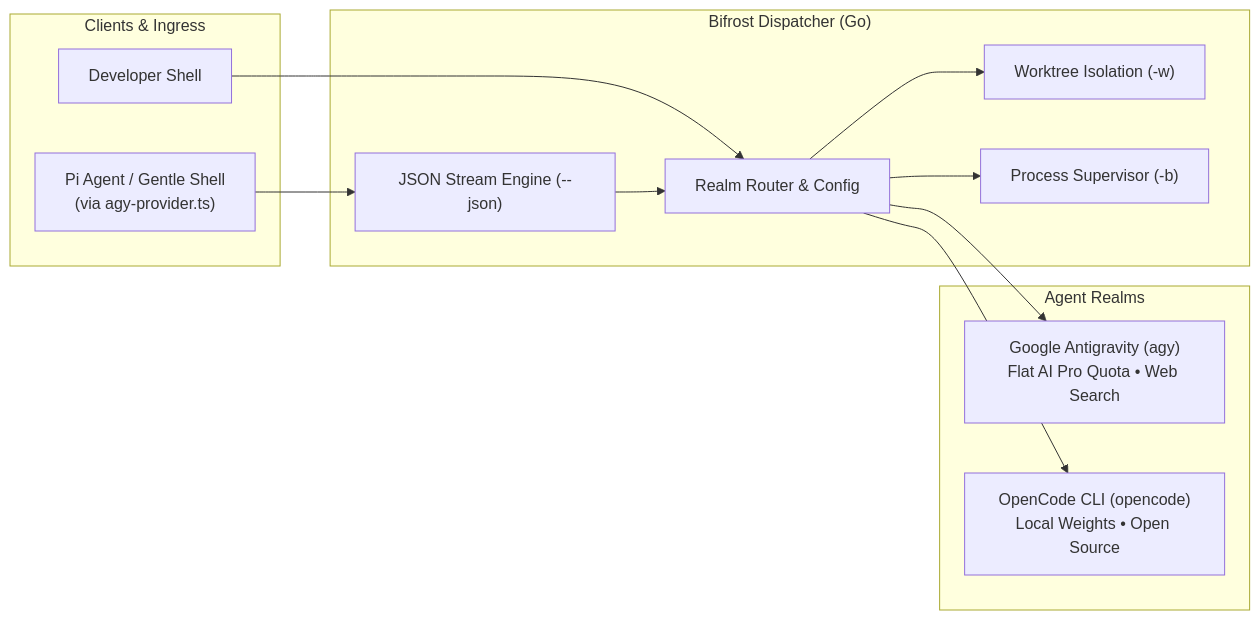
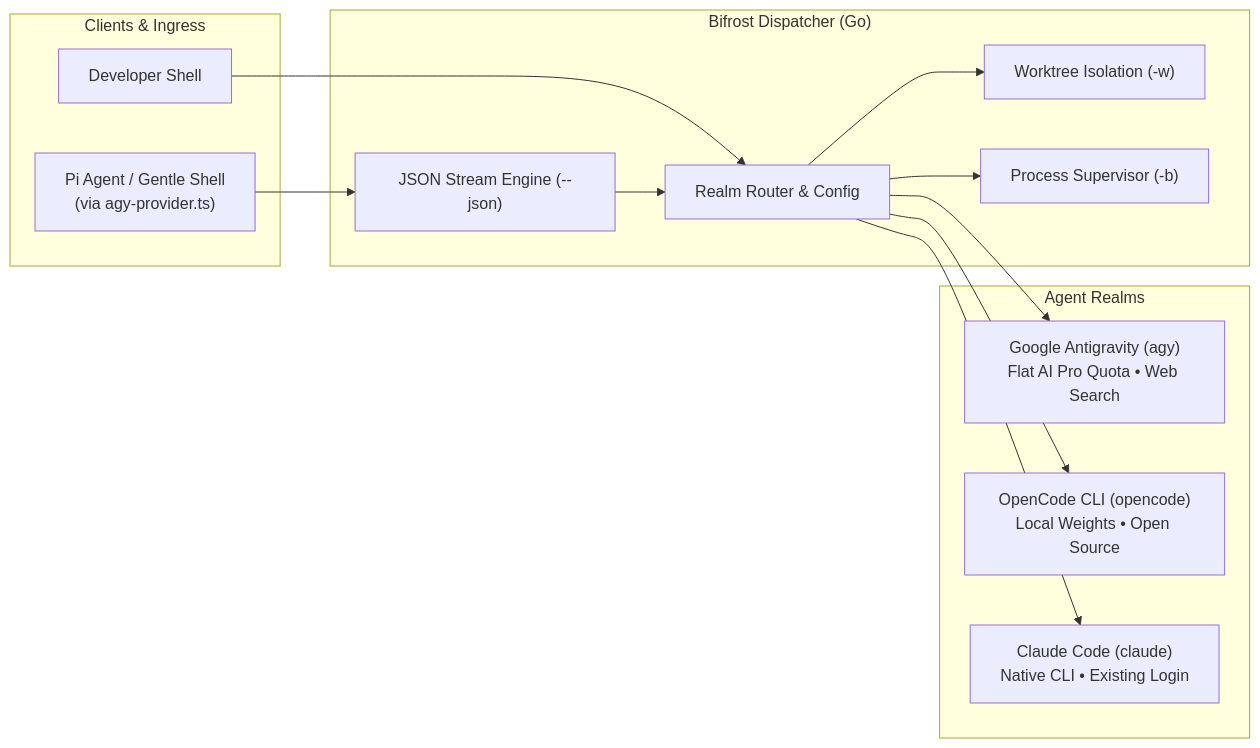
One commit to FullFran/bifrost changed the diagram in README.md. Above: the diagram before and after it, drawn with Mermaid. The commit also changed other lines of this file and 8 other files, not shown here.

Commit message:
feat(realms): add native Claude and shared routing controls

````diff
--- a/README.md
+++ b/README.md
@@ -24,26 +24,28 @@
 ```mermaid
 flowchart LR
     subgraph Ingress["Clients & Ingress"]
         User["Developer Shell"]
         GS["Pi Agent / Gentle Shell<br/>(via agy-provider.ts)"]
     end
 
     subgraph Bifrost["Bifrost Dispatcher (Go)"]
         Router["Realm Router & Config"]
         WT["Worktree Isolation (-w)"]
         Super["Process Supervisor (-b)"]
         Stream["JSON Stream Engine (--json)"]
     end
 
     subgraph Realms["Agent Realms"]
         Asgard["Google Antigravity (agy)<br/>Flat AI Pro Quota • Web Search"]
         Midgard["OpenCode CLI (opencode)<br/>Local Weights • Open Source"]
+        Valhalla["Claude Code (claude)<br/>Native CLI • Existing Login"]
     end
 
     User --> Router
     GS --> Stream --> Router
     Router --> WT
     Router --> Super
     Router --> Asgard
     Router --> Midgard
+    Router --> Valhalla
 ```
````
